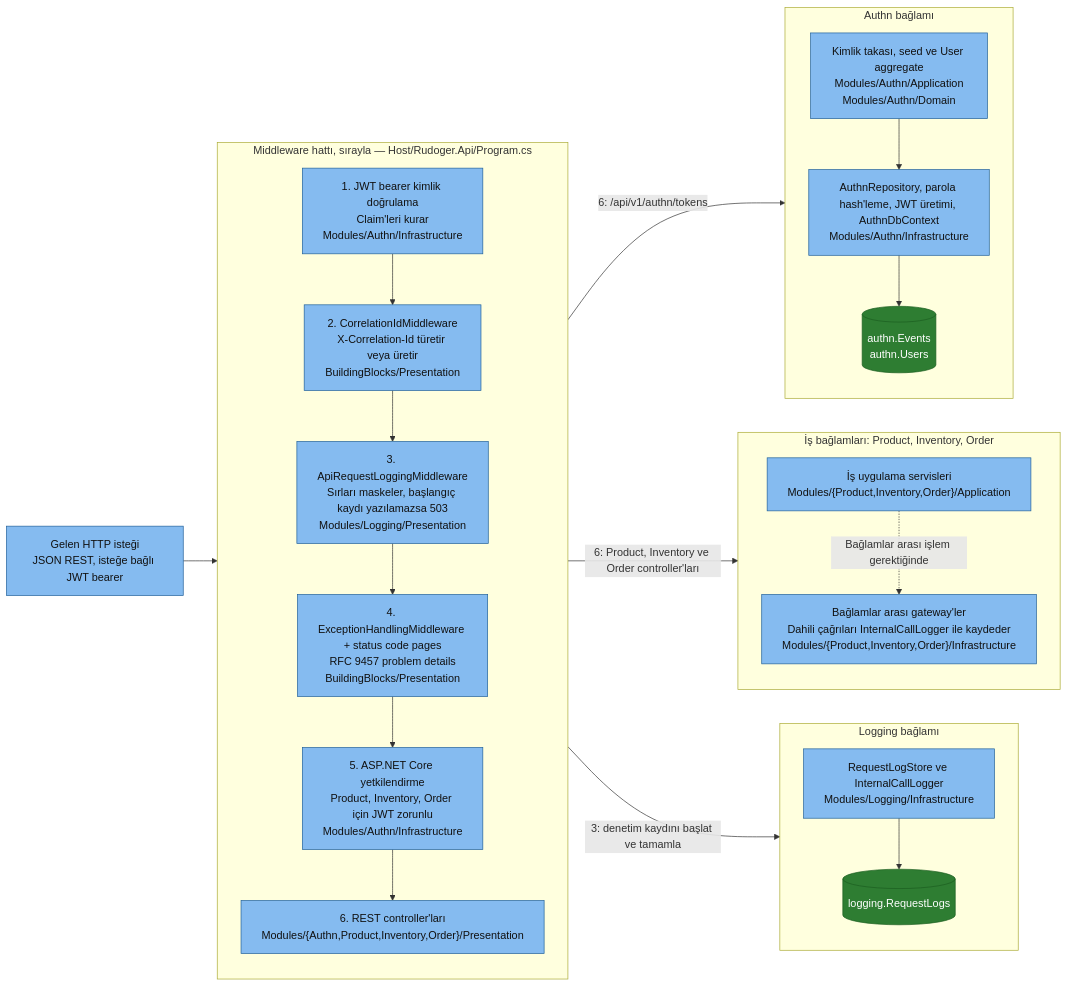
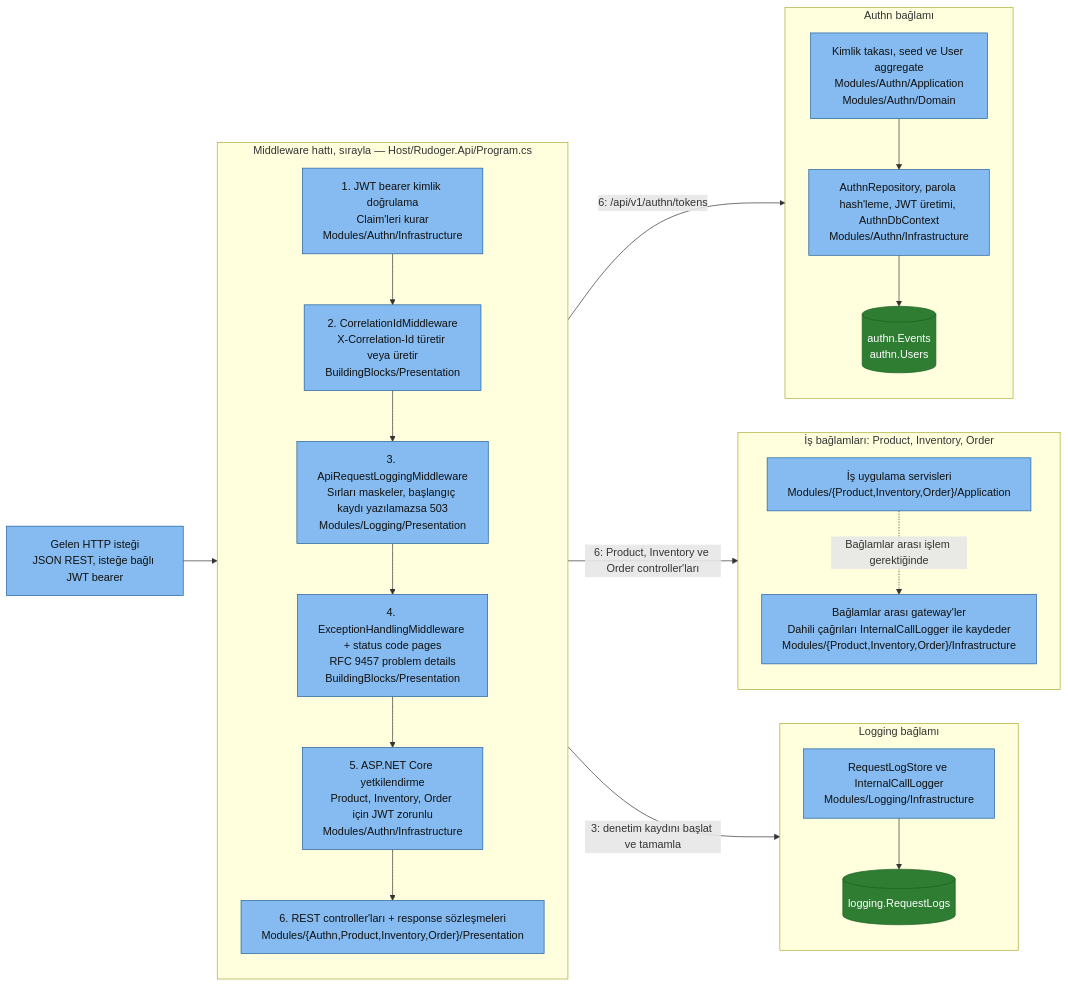
The third of 10 diagrams in docs/architecture/ARCHITECTURE.md (abdullahpazarbasi/rudoger), drawn with Mermaid before and after one commit. The commit also changed other lines of this file and 150 other files, not shown here.

````diff
--- a/docs/architecture/ARCHITECTURE.md
+++ b/docs/architecture/ARCHITECTURE.md
@@ -75,47 +75,47 @@
 ```mermaid
 flowchart LR
     request["Gelen HTTP isteği<br/>JSON REST, isteğe bağlı JWT bearer"]
 
     subgraph host["Middleware hattı, sırayla — Host/Rudoger.Api/Program.cs"]
         direction TB
         auth["1. JWT bearer kimlik doğrulama<br/>Claim'leri kurar<br/>Modules/Authn/Infrastructure"]
         correlation["2. CorrelationIdMiddleware<br/>X-Correlation-Id türetir veya üretir<br/>BuildingBlocks/Presentation"]
         audit["3. ApiRequestLoggingMiddleware<br/>Sırları maskeler, başlangıç kaydı yazılamazsa 503<br/>Modules/Logging/Presentation"]
         errors["4. ExceptionHandlingMiddleware + status code pages<br/>RFC 9457 problem details<br/>BuildingBlocks/Presentation"]
         authorization["5. ASP.NET Core yetkilendirme<br/>Product, Inventory, Order için JWT zorunlu<br/>Modules/Authn/Infrastructure"]
-        endpoints["6. REST controller'ları<br/>Modules/{Authn,Product,Inventory,Order}/Presentation"]
+        endpoints["6. REST controller'ları + response sözleşmeleri<br/>Modules/{Authn,Product,Inventory,Order}/Presentation"]
         auth --> correlation --> audit --> errors --> authorization --> endpoints
     end
 
     subgraph authn["Authn bağlamı"]
         direction TB
         authnUsecase["Kimlik takası, seed ve User aggregate<br/>Modules/Authn/Application<br/>Modules/Authn/Domain"]
         authnStore["AuthnRepository, parola hash'leme, JWT üretimi, AuthnDbContext<br/>Modules/Authn/Infrastructure"]
         authnDb[("authn.Events<br/>authn.Users")]
         authnUsecase --> authnStore --> authnDb
     end
 
     subgraph business["İş bağlamları: Product, Inventory, Order"]
         direction TB
         applications["İş uygulama servisleri<br/>Modules/{Product,Inventory,Order}/Application"]
         gateways["Bağlamlar arası gateway'ler<br/>Dahili çağrıları InternalCallLogger ile kaydeder<br/>Modules/{Product,Inventory,Order}/Infrastructure"]
         applications -. "Bağlamlar arası işlem gerektiğinde" .-> gateways
     end
 
     subgraph logging["Logging bağlamı"]
         direction TB
         logStore["RequestLogStore ve InternalCallLogger<br/>Modules/Logging/Infrastructure"]
         logDb[("logging.RequestLogs")]
         logStore --> logDb
     end
 
     request --> host
     host -->|"6: /api/v1/authn/tokens"| authn
     host -->|"6: Product, Inventory ve Order controller'ları"| business
     host -->|"3: denetim kaydını başlat ve tamamla"| logging
 
     classDef component fill:#85bbf0,color:#111,stroke:#1f5f99;
     classDef data fill:#2e7d32,color:#fff,stroke:#1b5e20;
     class request,auth,correlation,audit,errors,authorization,endpoints,authnUsecase,authnStore,applications,gateways,logStore component;
     class authnDb,logDb data;
 ```
````
